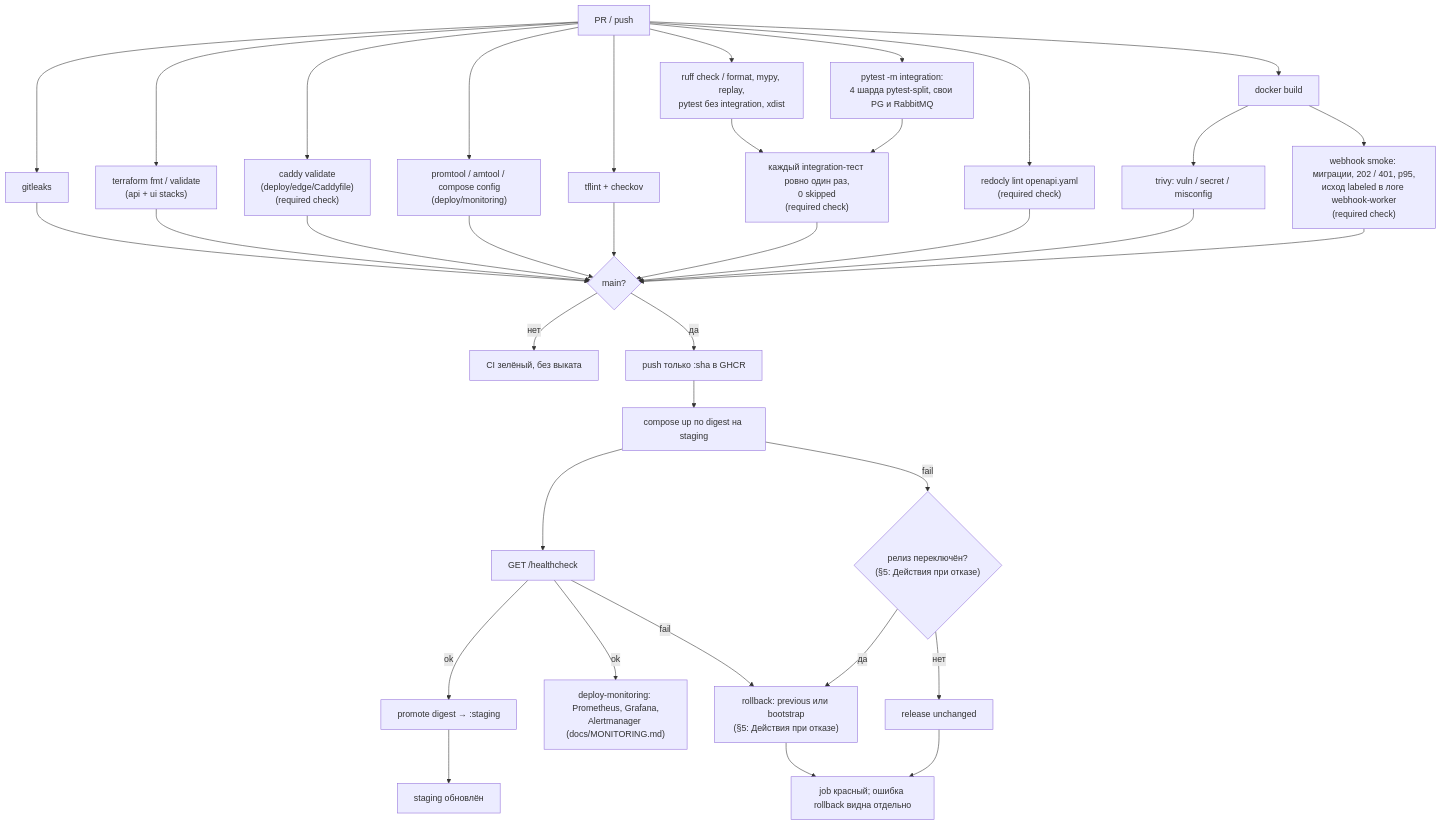
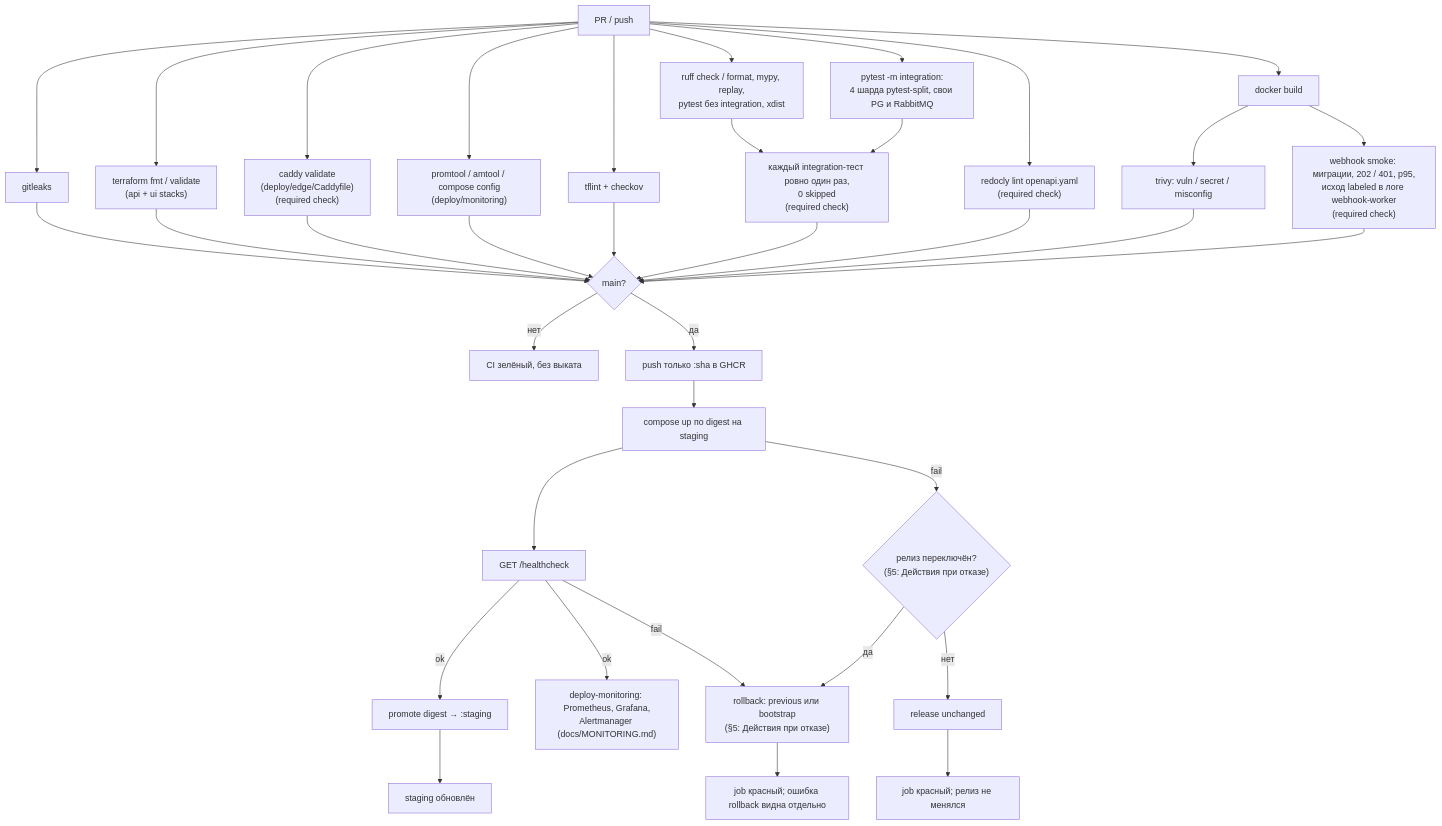
One commit to larchanka-training/dmc-268-api-t6 changed the diagram in docs/CICD.md. Above: the diagram before and after it, drawn with Mermaid. The commit also changed other lines of this file and 4 other files, not shown here.

````diff
--- a/docs/CICD.md
+++ b/docs/CICD.md
@@ -15,38 +15,38 @@
 ```mermaid
 flowchart TD
   pr["PR / push"] --> secrets["gitleaks"]
   pr --> tf["terraform fmt / validate\n(api + ui stacks)"]
   pr --> caddy["caddy validate\n(deploy/edge/Caddyfile)\n(required check)"]
   pr --> mon["promtool / amtool / compose config\n(deploy/monitoring)"]
   pr --> lint["tflint + checkov"]
   pr --> unit["ruff check / format, mypy, replay,\npytest без integration, xdist"]
   pr --> integ["pytest -m integration:\n4 шарда pytest-split, свои PG и RabbitMQ"]
   unit --> py["каждый integration-тест ровно один раз,\n0 skipped\n(required check)"]
   integ --> py
   pr --> oas["redocly lint openapi.yaml\n(required check)"]
   pr --> build["docker build"]
   build --> scan["trivy: vuln / secret / misconfig"]
   build --> smoke["webhook smoke: миграции, 202 / 401, p95,\nисход labeled в логе webhook-worker\n(required check)"]
   secrets --> gate{"main?"}
   py --> gate
   tf --> gate
   caddy --> gate
   mon --> gate
   lint --> gate
   scan --> gate
   oas --> gate
   smoke --> gate
   gate -->|нет| stop["CI зелёный, без выката"]
   gate -->|да| push["push только :sha в GHCR"]
   push --> deploy["compose up по digest на staging"]
   deploy --> health["GET /healthcheck"]
   health -->|ok| promote["promote digest → :staging"]
   promote --> done["staging обновлён"]
   health -->|ok| monitoring["deploy-monitoring: Prometheus, Grafana,\nAlertmanager (docs/MONITORING.md)"]
   health -->|fail| rb["rollback: previous или bootstrap\n(§5: Действия при отказе)"]
   deploy -->|fail| switched{"релиз переключён?\n(§5: Действия при отказе)"}
   switched -->|да| rb
   switched -->|нет| unchanged["release unchanged"]
-  unchanged --> fail["job красный; ошибка rollback видна отдельно"]
-  rb --> fail
+  unchanged --> unchanged_fail["job красный; релиз не менялся"]
+  rb --> fail["job красный; ошибка rollback видна отдельно"]
 ```
````
